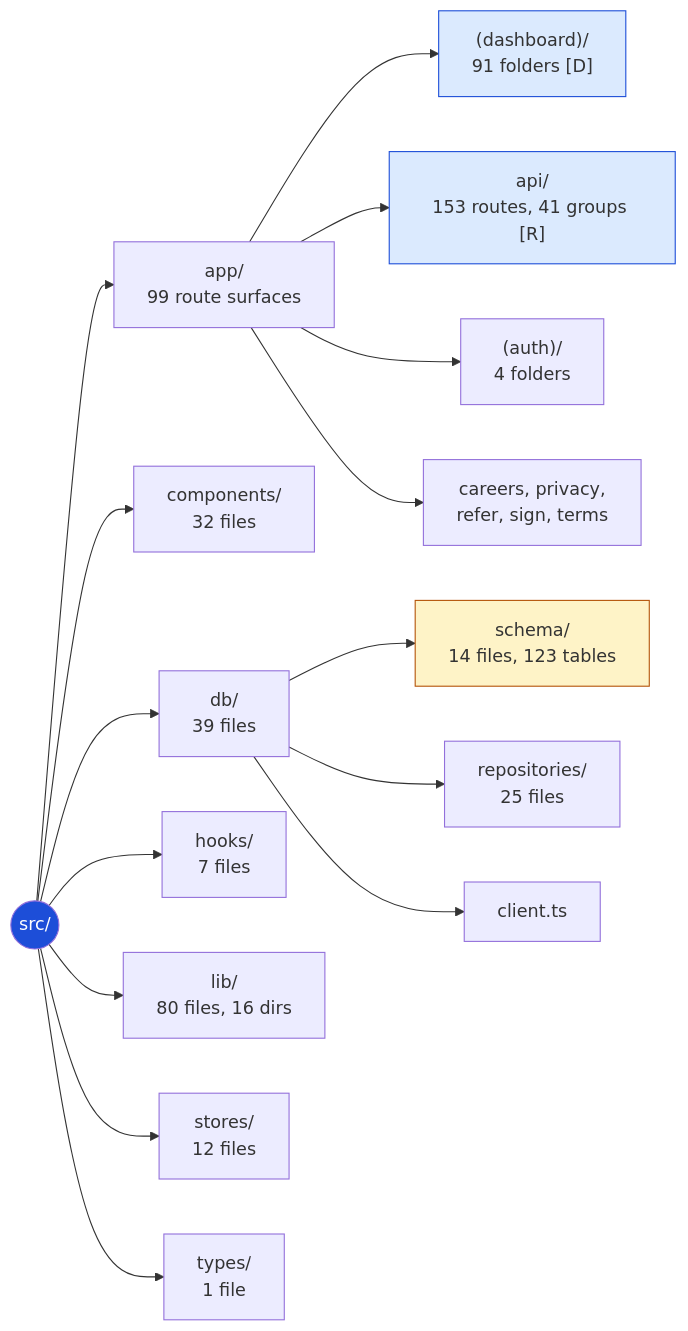
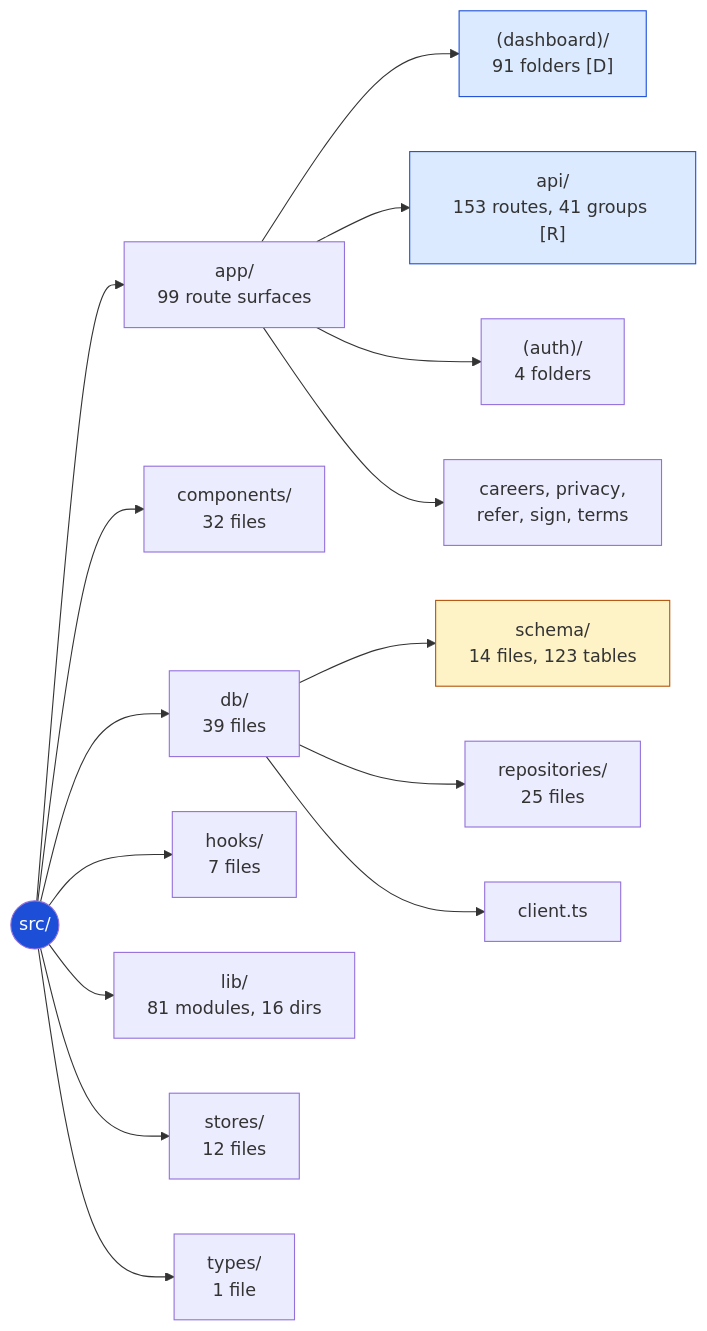
The third of 41 diagrams in Architecture_Docs/06_ARCHITECTURE_DIAGRAMS.md (Hemakotibonthada/HRMS.circuvent), drawn with Mermaid before and after one commit. The commit also changed other lines of this file and 63 other files, not shown here.

````diff
--- a/Architecture_Docs/06_ARCHITECTURE_DIAGRAMS.md
+++ b/Architecture_Docs/06_ARCHITECTURE_DIAGRAMS.md
@@ -285,25 +287,25 @@
 ```mermaid
 flowchart LR
     root(("src/"))
     root --> app["app/<br/>99 route surfaces"]
     root --> comp["components/<br/>32 files"]
     root --> db["db/<br/>39 files"]
     root --> hooks["hooks/<br/>7 files"]
-    root --> lib["lib/<br/>80 files, 16 dirs"]
+    root --> lib["lib/<br/>81 modules, 16 dirs"]
     root --> stores["stores/<br/>12 files"]
     root --> types["types/<br/>1 file"]
 
     app --> dashboard["(dashboard)/<br/>91 folders [D]"]
     app --> api["api/<br/>153 routes, 41 groups [R]"]
     app --> auth_["(auth)/<br/>4 folders"]
     app --> pub["careers, privacy,<br/>refer, sign, terms"]
 
     db --> schema["schema/<br/>14 files, 123 tables"]
     db --> repos["repositories/<br/>25 files"]
     db --> client["client.ts"]
 
     style root fill:#1D4ED8,color:#fff
     style dashboard fill:#DBEAFE,stroke:#1D4ED8
     style api fill:#DBEAFE,stroke:#1D4ED8
     style schema fill:#FEF3C7,stroke:#B45309
 ```
````
